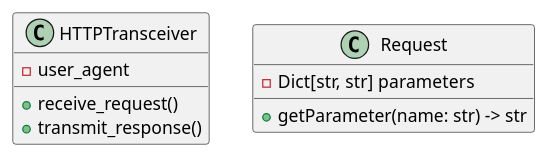
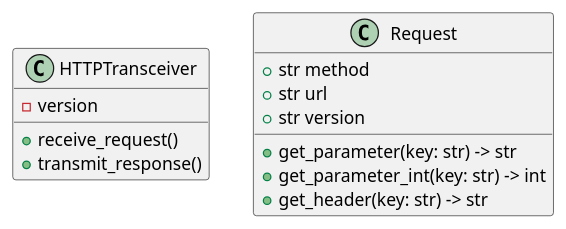
Before and after one commit to vug/design-studies: the diagram in design/class.puml, drawn with PlantUML. The commit also changed 4 other files, not shown here.

Commit message:
UML settings and export.

```diff
--- a/design/class.puml
+++ b/design/class.puml
@@ -1,14 +1,18 @@
 @startuml Classes
 skinparam shadowing false
 
 class HTTPTransceiver {
- -user_agent
+ -version
  +receive_request()
  +transmit_response()
 }
 
 class Request {
-  -Dict[str, str] parameters
-  +getParameter(name: str) -> str
+  +str method
+  +str url
+  +str version
+  +get_parameter(key: str) -> str
+  +get_parameter_int(key: str) -> int
+  +get_header(key: str) -> str
 }
 @enduml
```
